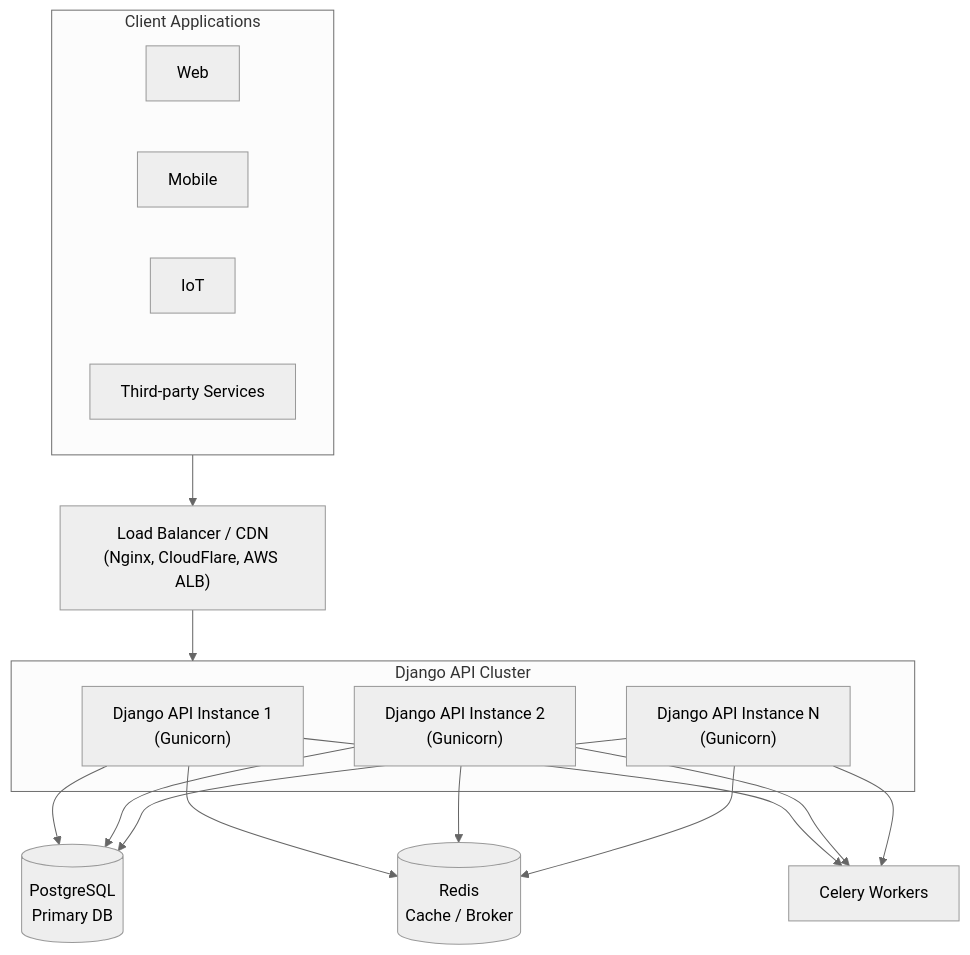
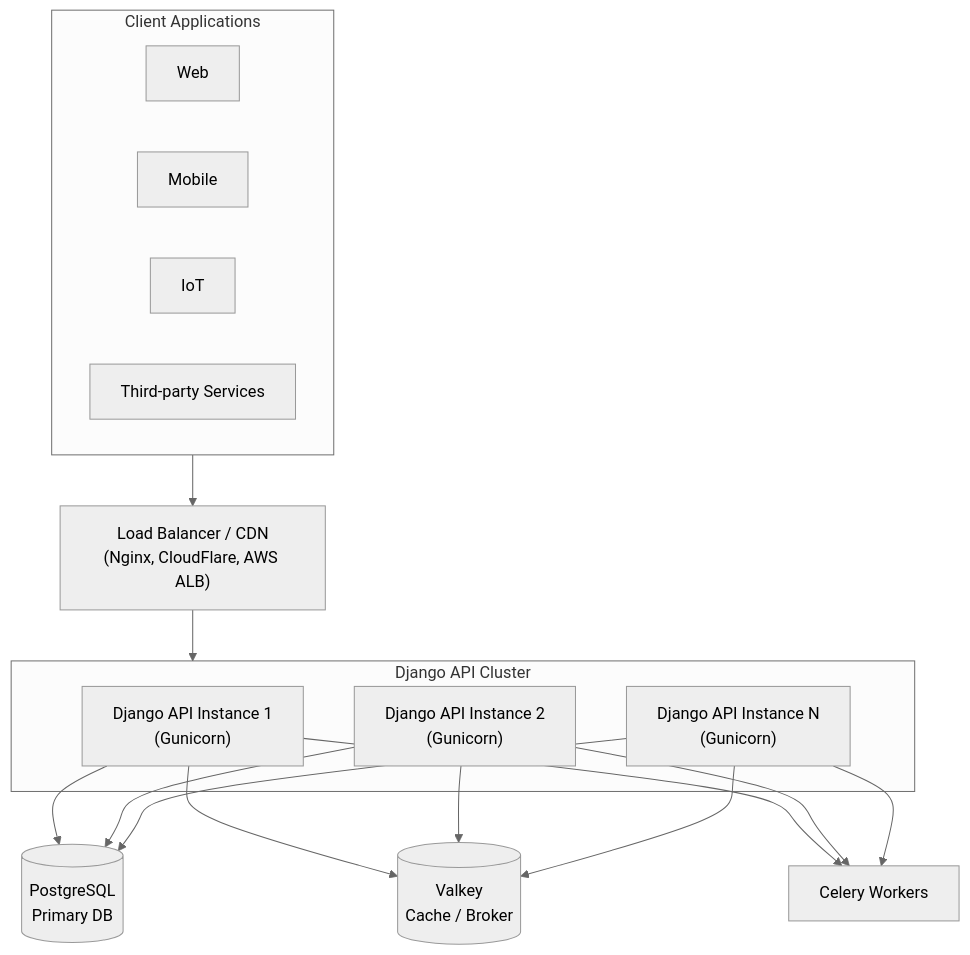
One commit to mattjaikaran/django-ninja-boilerplate changed the first of 13 diagrams in docs/ARCHITECTURE.md. Above: the diagram before and after it, drawn with Mermaid (neutral theme). The commit also changed other lines of this file and 14 other files, not shown here.

````diff
--- a/docs/ARCHITECTURE.md
+++ b/docs/ARCHITECTURE.md
@@ -24,26 +24,26 @@
 ```mermaid
 graph TB
     subgraph Clients["Client Applications"]
         Web["Web"]
         Mobile["Mobile"]
         IoT["IoT"]
         ThirdParty["Third-party Services"]
     end
 
     LB["Load Balancer / CDN<br/>(Nginx, CloudFlare, AWS ALB)"]
 
     subgraph API["Django API Cluster"]
         API1["Django API Instance 1<br/>(Gunicorn)"]
         API2["Django API Instance 2<br/>(Gunicorn)"]
         APIN["Django API Instance N<br/>(Gunicorn)"]
     end
 
     PG[("PostgreSQL<br/>Primary DB")]
-    Redis[("Redis<br/>Cache / Broker")]
+    Redis[("Valkey<br/>Cache / Broker")]
     Celery["Celery Workers"]
 
     Clients --> LB --> API
     API1 & API2 & APIN --> PG
     API1 & API2 & APIN --> Redis
     API1 & API2 & APIN --> Celery
 ```
````
